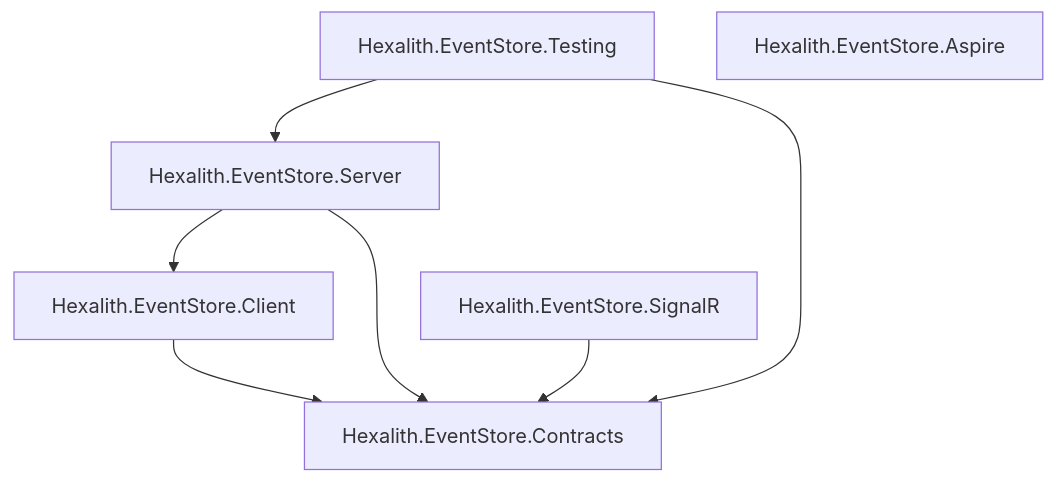
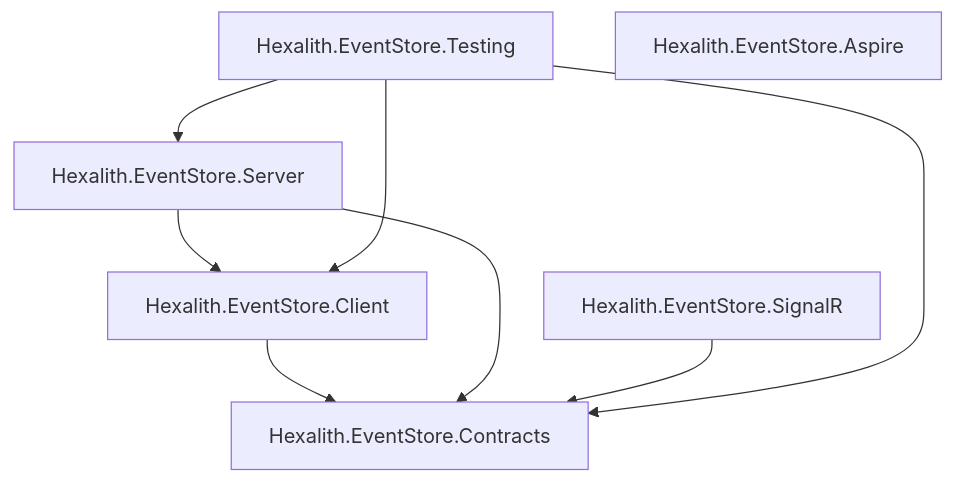
The diagram in docs/reference/nuget-packages.md (Hexalith/Hexalith.EventStore), drawn with Mermaid before and after one commit. The commit also changed other lines of this file and 142 other files, not shown here.

````diff
--- a/docs/reference/nuget-packages.md
+++ b/docs/reference/nuget-packages.md
@@ -22,16 +22,17 @@
 ```mermaid
 graph TD
     Contracts[Hexalith.EventStore.Contracts]
     Client[Hexalith.EventStore.Client]
     Server[Hexalith.EventStore.Server]
     SignalR[Hexalith.EventStore.SignalR]
     Testing[Hexalith.EventStore.Testing]
     Aspire[Hexalith.EventStore.Aspire]
 
     Client --> Contracts
     Server --> Client
     Server --> Contracts
     SignalR --> Contracts
+    Testing --> Client
     Testing --> Contracts
     Testing --> Server
 ```
````
